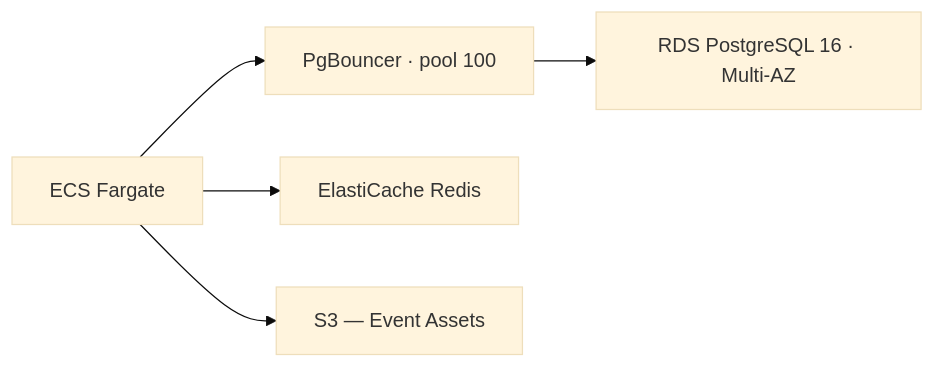
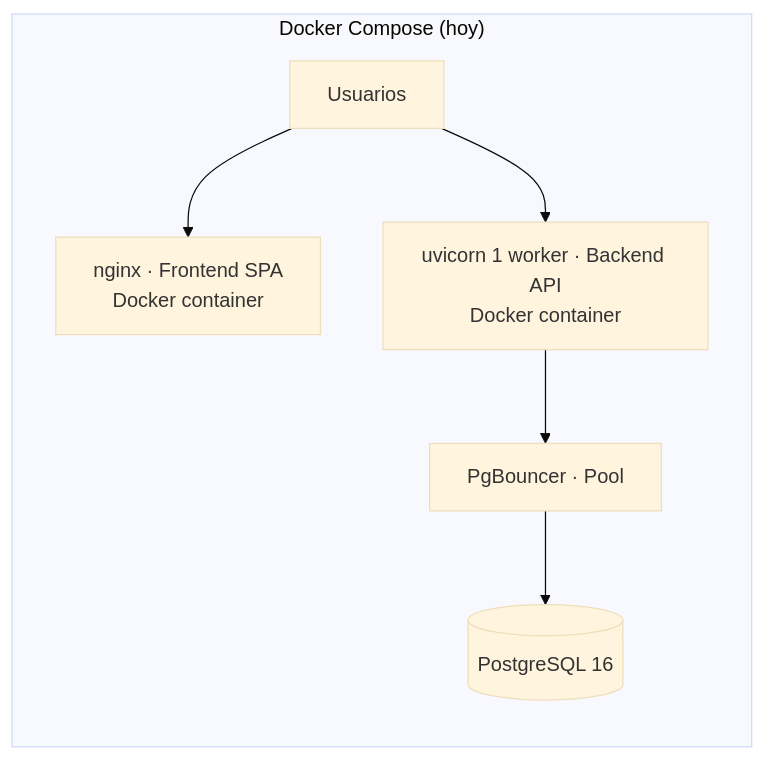
Before and after one commit to ajcodelabs-ai/Ticketyourself: the first of 3 diagrams in infra/architecture.md, drawn with Mermaid (base theme). The commit also changed other lines of this file, not shown here.

Commit message:
docs: update architecture — current state, target AWS, ponytail decisions

````diff
--- a/infra/architecture.md
+++ b/infra/architecture.md
@@ -69,7 +9,9 @@
 ```mermaid
 flowchart LR
-    ECS[ECS Fargate] --> PGB[PgBouncer · pool 100]
-    PGB --> RDS["RDS PostgreSQL 16 · Multi-AZ"]
-    ECS --> REDIS["ElastiCache Redis"]
-    ECS --> S3A["S3 — Event Assets"]
+    subgraph "Docker Compose (hoy)"
+        U["Usuarios"] --> FE["nginx · Frontend SPA<br/>Docker container"]
+        U --> BE["uvicorn 1 worker · Backend API<br/>Docker container"]
+        BE --> PGB["PgBouncer · Pool"]
+        PGB --> PG[("PostgreSQL 16")]
+    end
 ```
````
